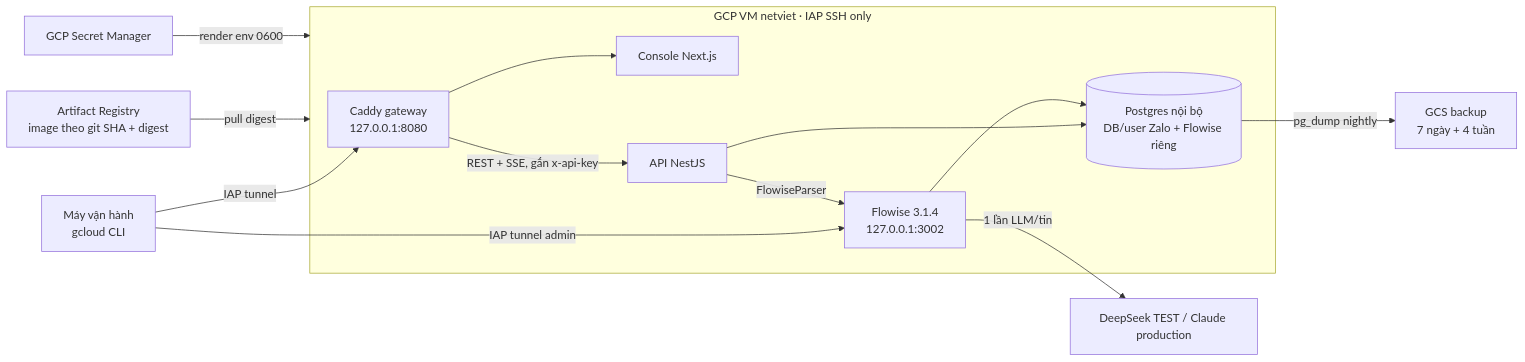
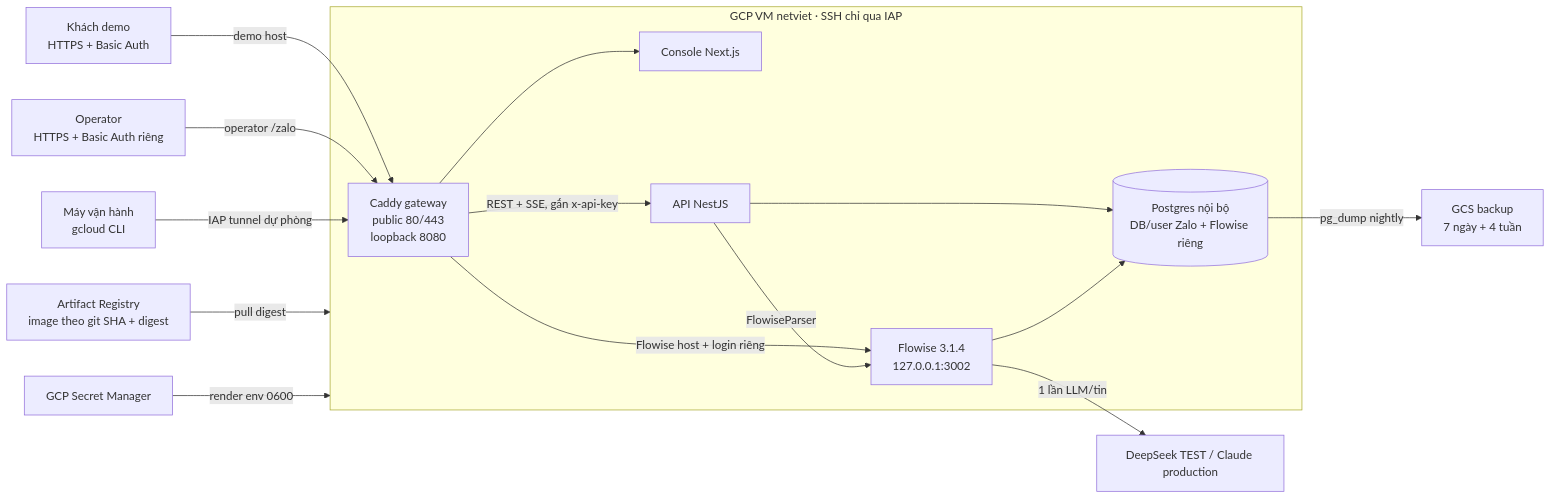
One commit to phungtienviet14-sketch/nexagnet-platform changed diagram 11 of 12 in docs/so-do-he-thong.md. Above: the diagram before and after it, drawn with Mermaid. The commit also changed 1 other file, not shown here.

Commit message:
docs: record public netviet ZCA pilot

````diff
--- a/docs/so-do-he-thong.md
+++ b/docs/so-do-he-thong.md
@@ -446,28 +446,33 @@
 ```mermaid
 flowchart LR
     OP["Máy vận hành<br/>gcloud CLI"]
     SM["GCP Secret Manager"]
     AR["Artifact Registry<br/>image theo git SHA + digest"]
     GCS["GCS backup<br/>7 ngày + 4 tuần"]
     LLM3["DeepSeek TEST / Claude production"]
 
-    subgraph VM["GCP VM netviet · IAP SSH only"]
-        GW["Caddy gateway<br/>127.0.0.1:8080"]
+    CUSTOMER["Khách demo<br/>HTTPS + Basic Auth"]
+    OPERATOR["Operator<br/>HTTPS + Basic Auth riêng"]
+
+    subgraph VM["GCP VM netviet · SSH chỉ qua IAP"]
+        GW["Caddy gateway<br/>public 80/443<br/>loopback 8080"]
         WEBP["Console Next.js"]
         APIP["API NestJS"]
         FLOWP["Flowise 3.1.4<br/>127.0.0.1:3002"]
         PGD[("Postgres nội bộ<br/>DB/user Zalo + Flowise riêng")]
     end
 
-    OP -->|"IAP tunnel"| GW
-    OP -->|"IAP tunnel admin"| FLOWP
+    CUSTOMER -->|"demo host"| GW
+    OPERATOR -->|"operator /zalo"| GW
+    OP -->|"IAP tunnel dự phòng"| GW
     AR -->|"pull digest"| VM
     SM -->|"render env 0600"| VM
     GW --> WEBP
     GW -->|"REST + SSE, gắn x-api-key"| APIP
+    GW -->|"Flowise host + login riêng"| FLOWP
     APIP -->|"FlowiseParser"| FLOWP
     FLOWP -->|"1 lần LLM/tin"| LLM3
     APIP --> PGD
     FLOWP --> PGD
     PGD -->|"pg_dump nightly"| GCS
 ```
````
